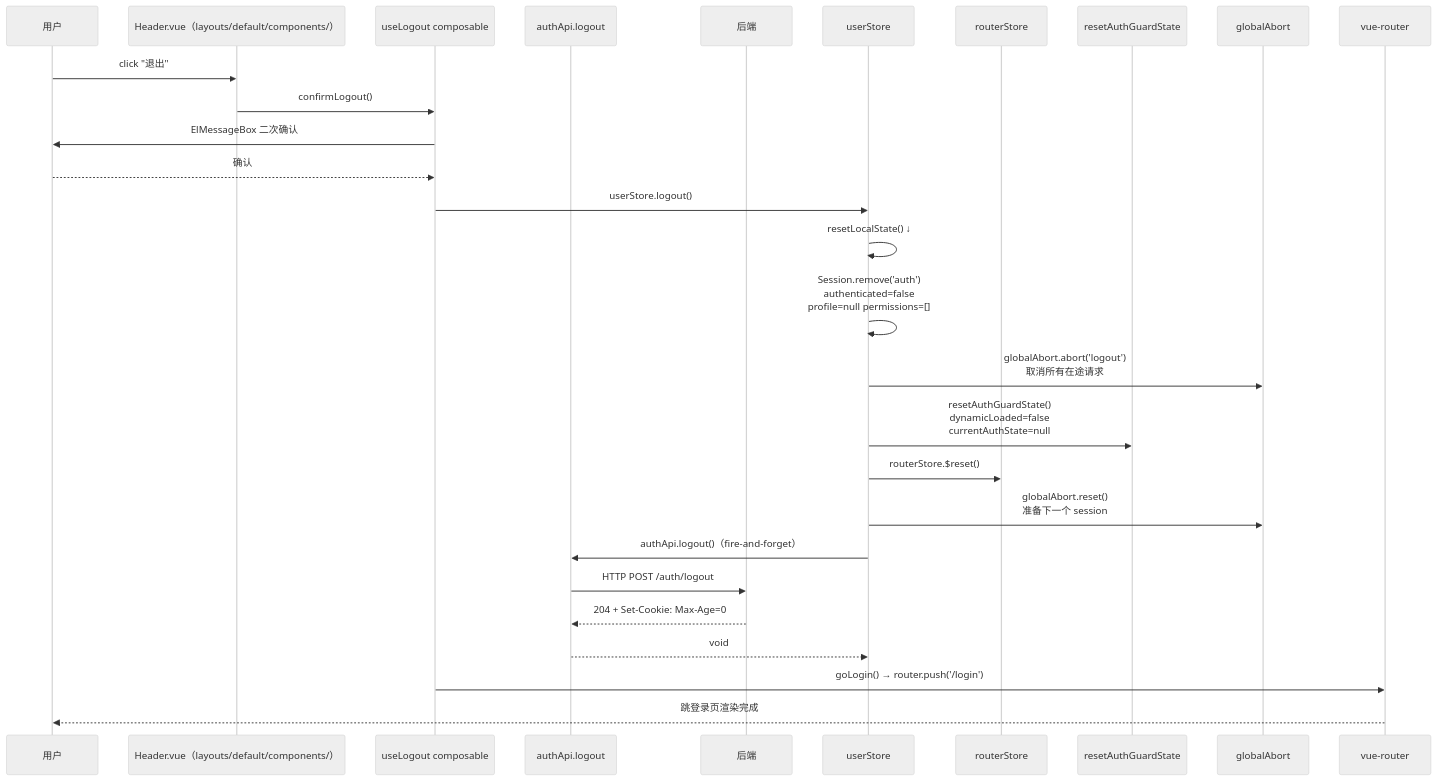
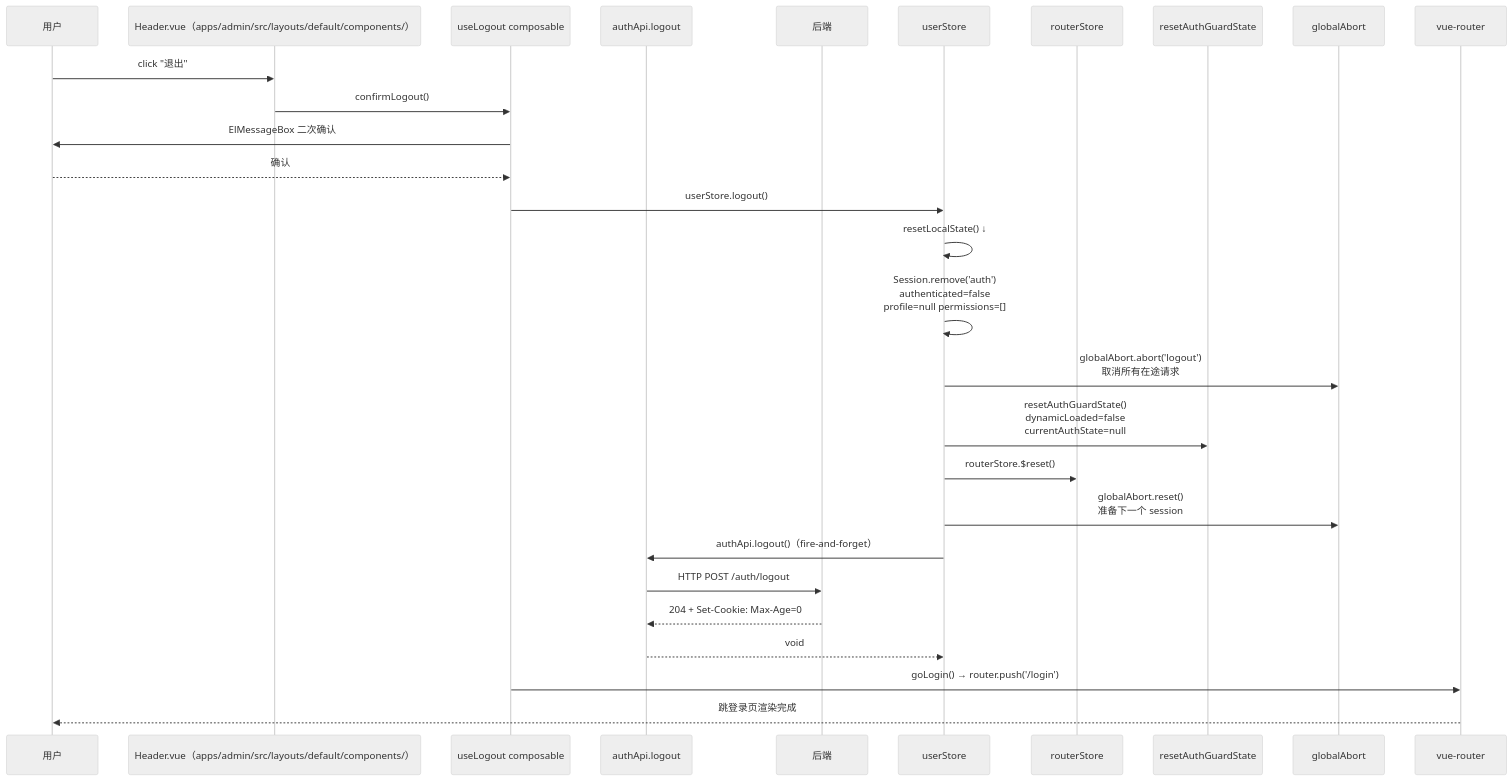
Before and after one commit to Mr-Super-X/vue3-vite-project: the fourth of 7 diagrams in docs/23-权限设计.md, drawn with Mermaid (neutral theme). The commit also changed other lines of this file and 51 other files, not shown here.

````diff
--- a/docs/23-权限设计.md
+++ b/docs/23-权限设计.md
@@ -144,31 +144,31 @@
 ```mermaid
 sequenceDiagram
   participant U as 用户
-  participant H as Header.vue（layouts/default/components/）
+  participant H as Header.vue（apps/admin/src/layouts/default/components/）
   participant L as useLogout composable
   participant A as authApi.logout
   participant K as 后端
   participant S as userStore
   participant R as routerStore
   participant GA as resetAuthGuardState
   participant AB as globalAbort
   participant RG as vue-router
 
   U->>H: click "退出"
   H->>L: confirmLogout()
   L->>U: ElMessageBox 二次确认
   U-->>L: 确认
   L->>S: userStore.logout()
   S->>S: resetLocalState() ↓
   S->>S: Session.remove('auth')<br/>authenticated=false<br/>profile=null permissions=[]
   S->>AB: globalAbort.abort('logout')<br/>取消所有在途请求
   S->>GA: resetAuthGuardState()<br/>dynamicLoaded=false<br/>currentAuthState=null
   S->>R: routerStore.$reset()
   S->>AB: globalAbort.reset()<br/>准备下一个 session
   S->>A: authApi.logout()（fire-and-forget）
   A->>K: HTTP POST /auth/logout
   K-->>A: 204 + Set-Cookie: Max-Age=0
   A-->>S: void
   L->>RG: goLogin() → router.push('/login')
   RG-->>U: 跳登录页渲染完成
 ```
````
